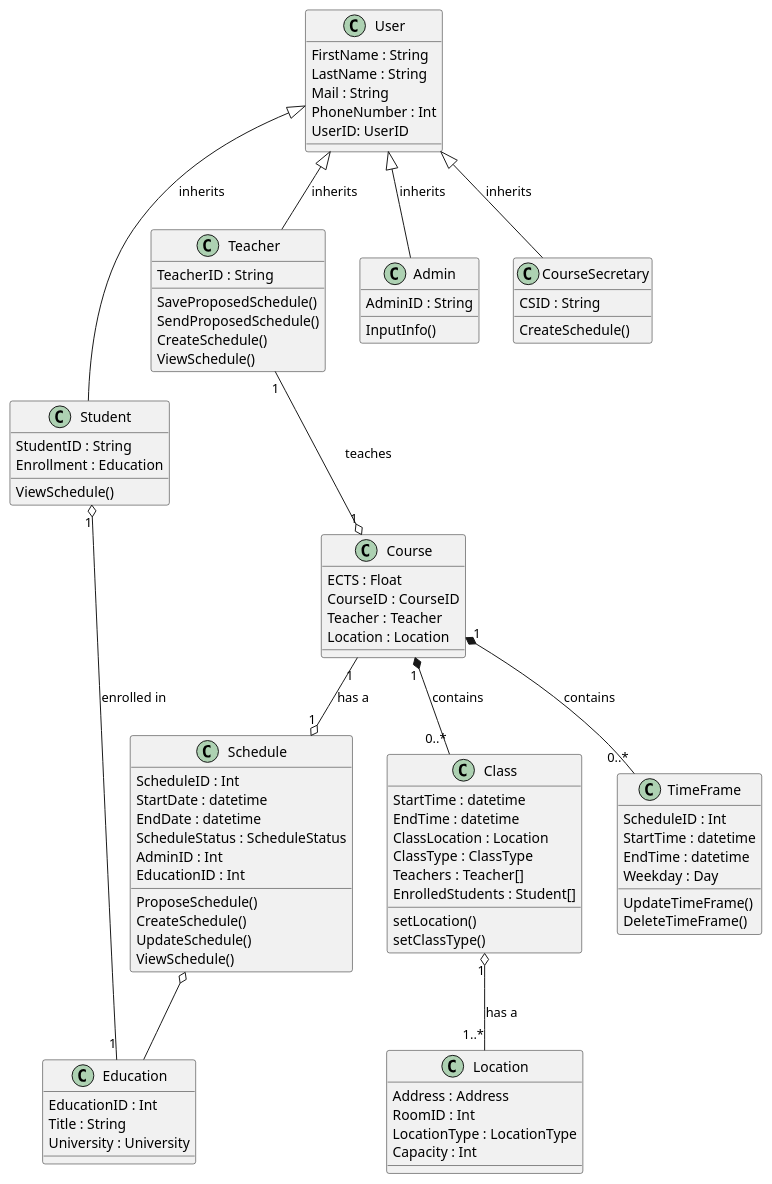
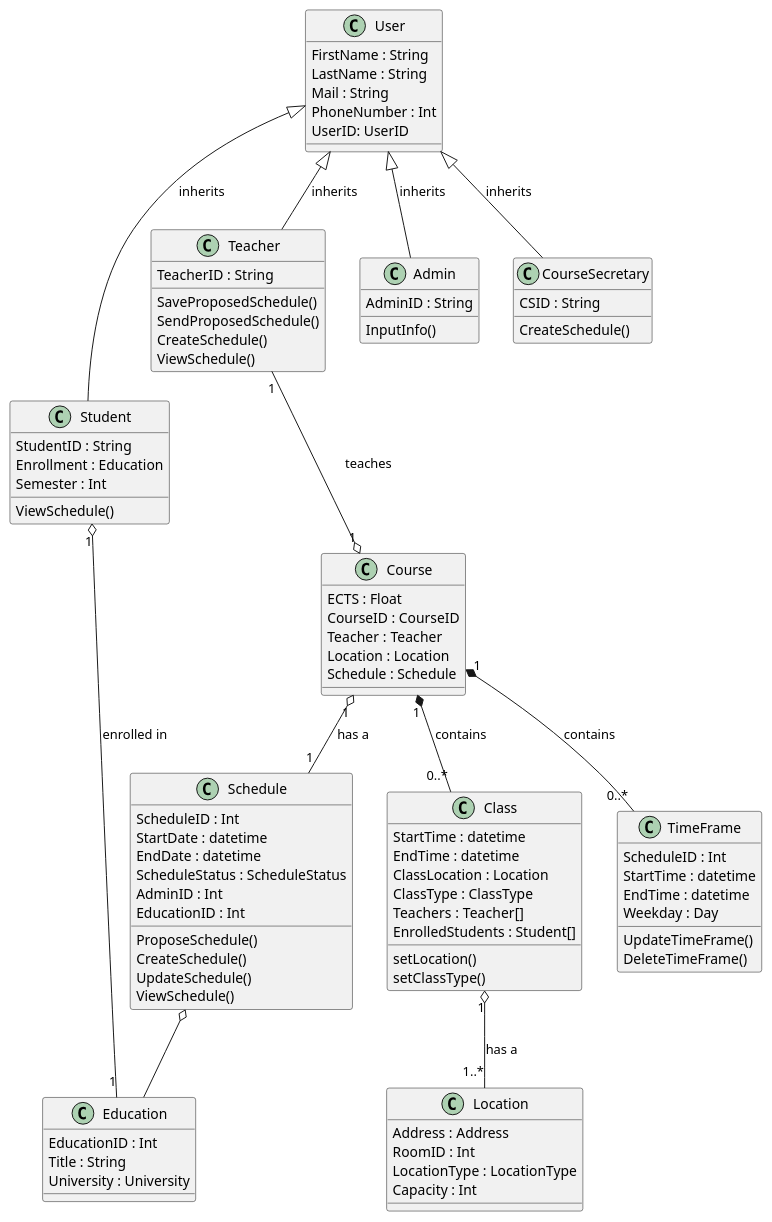
One commit to frejabauch/Systemudvikling_FSIS changed the diagram in Diagrams/ClassDiagram.puml. Above: the diagram before and after it, drawn with PlantUML. The commit also changed 8 other files, not shown here.

```diff
--- a/Diagrams/ClassDiagram.puml
+++ b/Diagrams/ClassDiagram.puml
@@ -1,122 +1,124 @@
 @startuml ClassDiagram
 
 class Education {
     EducationID : Int
     Title : String
     University : University
 }
 
 class Schedule{
     ScheduleID : Int
     StartDate : datetime
     EndDate : datetime
     ScheduleStatus : ScheduleStatus
     AdminID : Int
     EducationID : Int
     ProposeSchedule()
     CreateSchedule()
     UpdateSchedule()
     ViewSchedule()
 }
 
 class Location{
     Address : Address
     RoomID : Int
     LocationType : LocationType
     Capacity : Int
 }
 
 class Course{
     ECTS : Float
     CourseID : CourseID
     Teacher : Teacher
     Location : Location
+    Schedule : Schedule
 }
 
 class Class{
     StartTime : datetime
     EndTime : datetime
     ClassLocation : Location
     ClassType : ClassType
     Teachers : Teacher[]
     EnrolledStudents : Student[]
     setLocation()
     setClassType()
 }
 
 ' class Login{
 '     LoginType : LogType
 '     UserType : UType
 '     authenticate()
 ' }
 
 class User{
     FirstName : String
     LastName : String
     Mail : String
     PhoneNumber : Int
     UserID: UserID
 }
 
 ' class Semester{
 '     Courses : Course[]
 '     StartDate : Datetime
 ' }
 
 class Student{
     StudentID : String
     Enrollment : Education
+    Semester : Int
     ViewSchedule()
 }
 
 class Teacher{
     TeacherID : String
     SaveProposedSchedule()
     SendProposedSchedule()
     CreateSchedule()
     ViewSchedule()
 }
 
 class Admin{
     AdminID : String
     InputInfo()
 }
 
 class TimeFrame{
     ScheduleID : Int
     StartTime : datetime
     EndTime : datetime
     Weekday : Day
     UpdateTimeFrame()
     DeleteTimeFrame()
 }
 
 class CourseSecretary{
     CSID : String
     CreateSchedule()
 }
 
 ' User"1" o-- "1" Schedule : has a
-Course"1" --o "1" Schedule : has a
+Course"1" o-- "1" Schedule : has a
 ' Student"1" o-- "1" Schedule : has a
 ' Teacher"1" o-- "1" Schedule : has a
 
 ' Education"1" *-- "4..6" Semester : contains
 
 Class "1" o-- "1..*"Location : has a
 
 User <|-- Student : inherits
 User <|-- Teacher : inherits
 User <|-- Admin : inherits
 User <|-- CourseSecretary : inherits
 
 ' Semester"1" *-- "1..*" Course : contains
 Course"1" *-- "0..*" Class : contains
 Course"1" *-- "0..*" TimeFrame : contains
 Teacher"1" --o "1" Course : teaches
 Student"1" o-- "1" Education : enrolled in
 Schedule o-- Education 
 
 ' Login "1" -- "1" User : login
 
 @enduml
```
